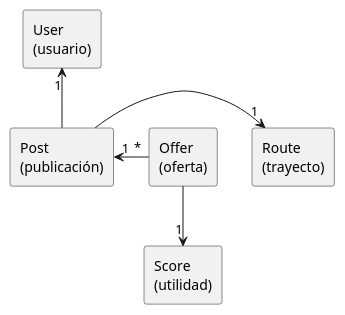
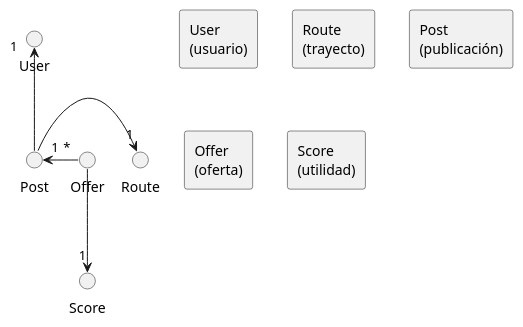
One commit to juanmabermudez/users-app changed the diagram in docs/diagrams/components.puml. Above: the diagram before and after it, drawn with PlantUML.

Commit message:
Corrección nombres de apps

```diff
--- a/docs/diagrams/components.puml
+++ b/docs/diagrams/components.puml
@@ -1,16 +1,16 @@
 @startuml
 
 ' Definición de entidades
-rectangle "User\n(usuario)" as User
-rectangle "Route\n(trayecto)" as Route
-rectangle "Post\n(publicación)" as Post
-rectangle "Offer\n(oferta)" as Offer
-rectangle "Score\n(utilidad)" as Score
+rectangle "User\n(usuario)" as users_app
+rectangle "Route\n(trayecto)" as routes_app
+rectangle "Post\n(publicación)" as posts_app
+rectangle "Offer\n(oferta)" as offers_app
+rectangle "Score\n(utilidad)" as scores_app
 
 ' Relaciones y cardinalidades
 Post -up-> "1" User
 Post -right-> "1" Route
 Offer "*" -left-> "1" Post
 Offer --> "1" Score
 
 @enduml
```
